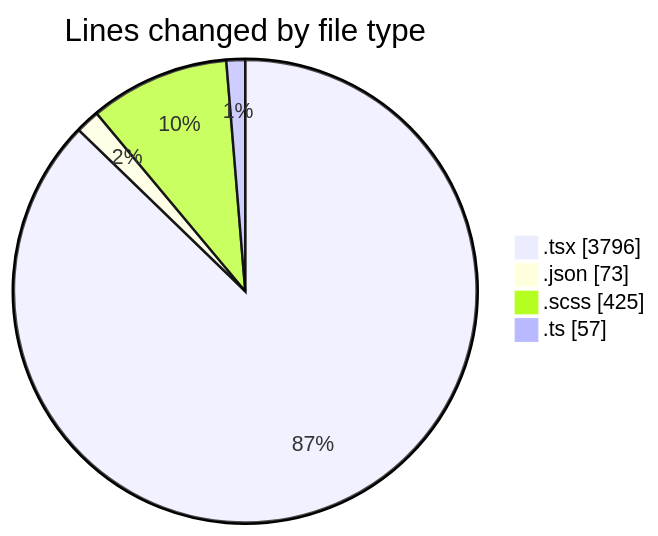
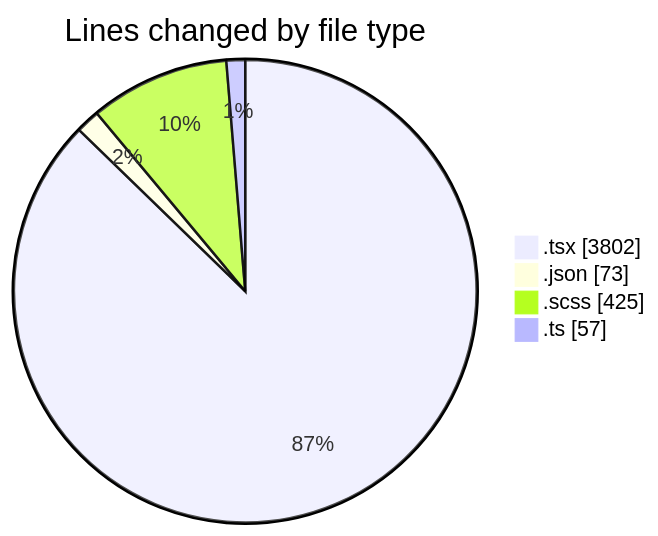
One commit to momahboobian/code-tracking changed the first of 2 diagrams in 2025-10-02/cda/README.md. Above: the diagram before and after it, drawn with Mermaid. The commit also changed other lines of this file and 1 other file, not shown here.

````diff
--- a/2025-10-02/cda/README.md
+++ b/2025-10-02/cda/README.md
@@ -29,8 +29,8 @@
 ```mermaid
 pie showData
 title Lines changed by file type
-".tsx" : 3796
+".tsx" : 3802
 ".json" : 73
 ".scss" : 425
 ".ts" : 57
 ```
````
